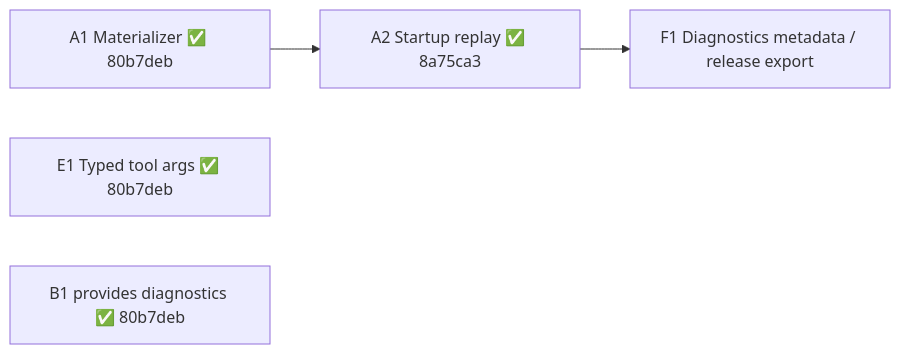
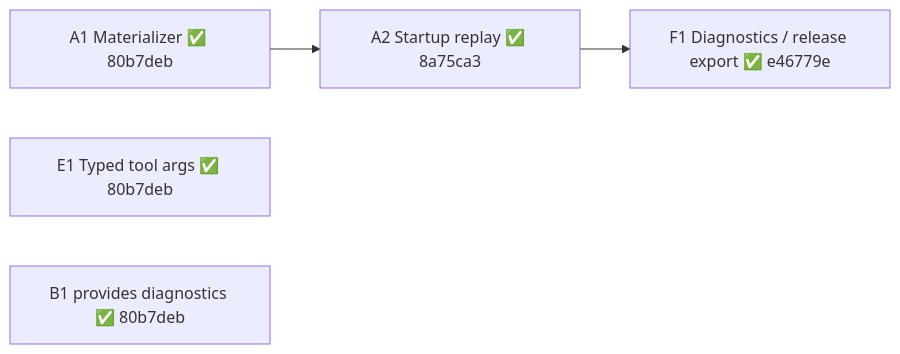
The diagram in docs/plans/2026-11-18-plugin-remaining-work.md (kajimi16/OH-MY-HITA-legacy), drawn with Mermaid before and after one commit. The commit also changed other lines of this file and 1 other file, not shown here.

````diff
--- a/docs/plans/2026-11-18-plugin-remaining-work.md
+++ b/docs/plans/2026-11-18-plugin-remaining-work.md
@@ -25,7 +27,7 @@
 ```mermaid
 flowchart LR
   A1["A1 Materializer ✅ 80b7deb"] --> A2["A2 Startup replay ✅ 8a75ca3"]
-  A2 --> F1["F1 Diagnostics metadata / release export"]
+  A2 --> F1["F1 Diagnostics / release export ✅ e46779e"]
   E1["E1 Typed tool args ✅ 80b7deb"]
   B1["B1 provides diagnostics ✅ 80b7deb"]
 ```
````
